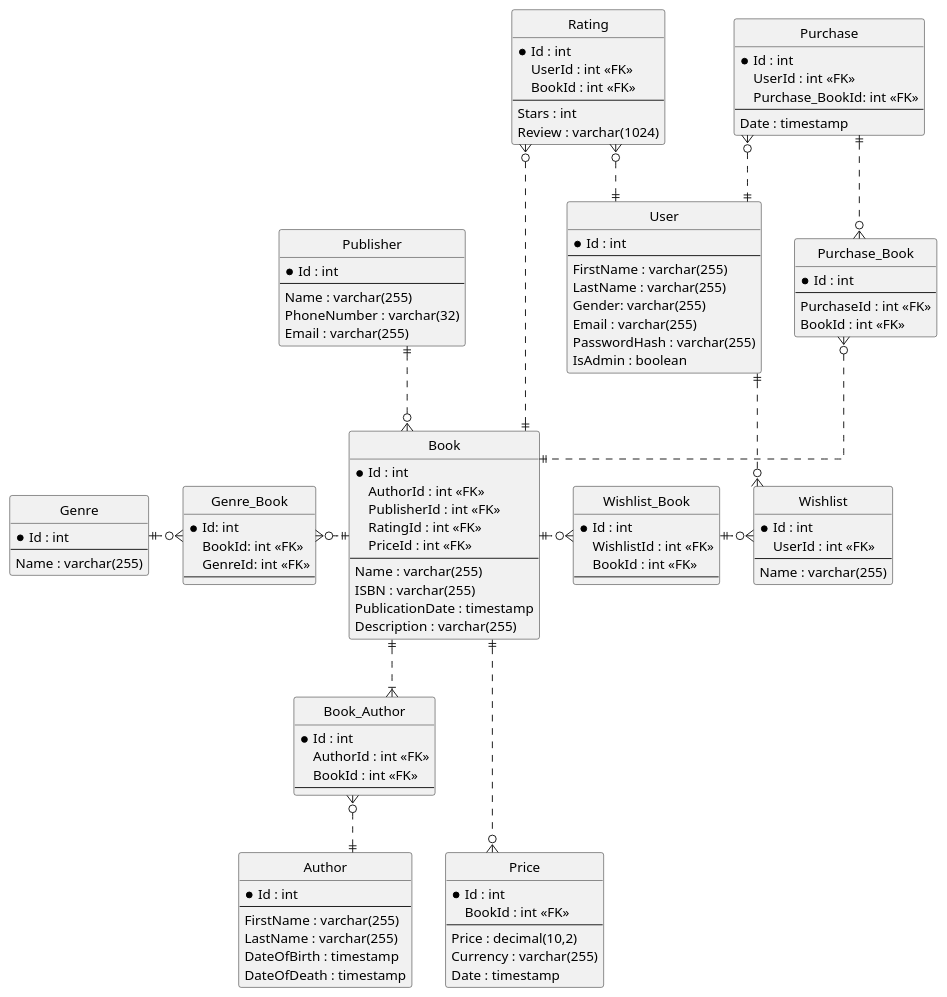
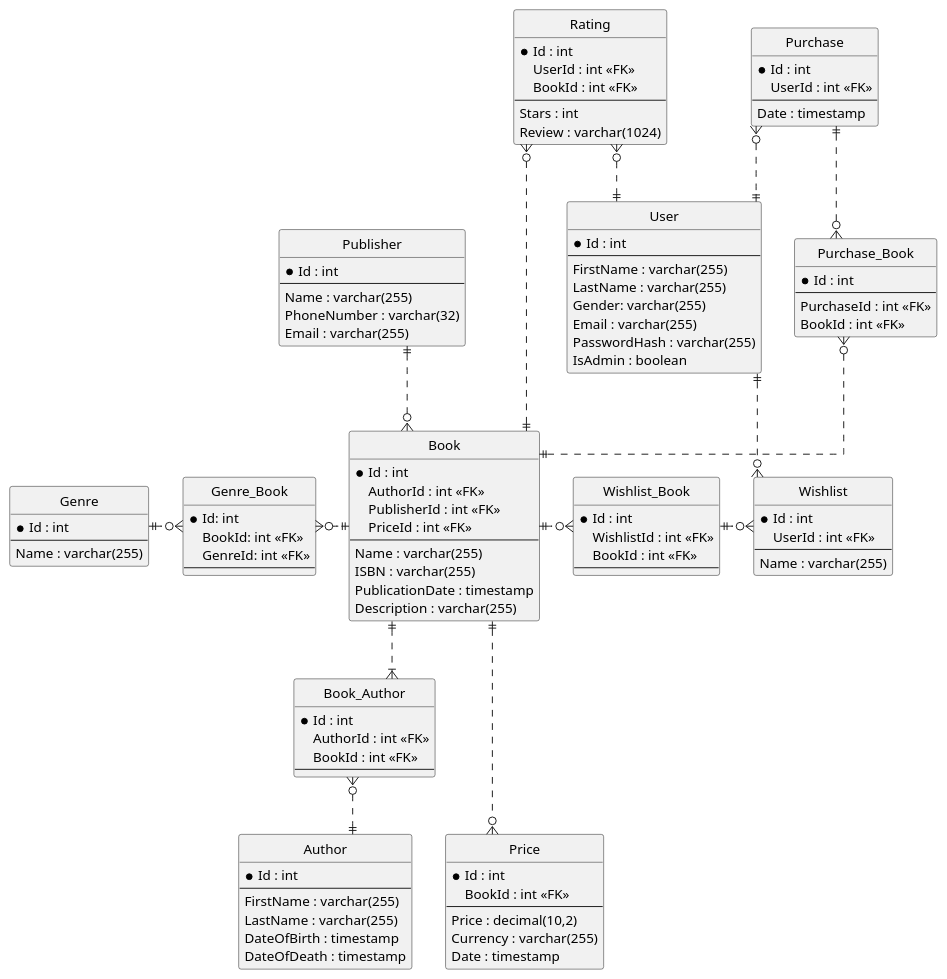
The diagram in docs/erd.puml (JakubZovi/review_pv179), drawn with PlantUML before and after one commit. The commit also changed 11 other files, not shown here.

```diff
--- a/docs/erd.puml
+++ b/docs/erd.puml
@@ -1,144 +1,142 @@
 @startuml Book Hub ERD
 
 ' !pragma ratio 0.2
 
 skinparam linetype ortho
 hide circles
 
 'Book, Rating, Genre, Author, Publisher'
 entity Book {
     *Id : int
     AuthorId : int <<FK>>
     PublisherId : int <<FK>>
-    RatingId : int <<FK>>
     PriceId : int <<FK>>
     ---
     Name : varchar(255)
     ISBN : varchar(255)
     PublicationDate : timestamp
     Description : varchar(255)
 }
 
 entity Rating {
     *Id : int
     UserId : int <<FK>>
     BookId : int <<FK>>
     ---
     Stars : int
     Review : varchar(1024)
 }
 
 entity Genre {
     *Id : int
     ---
     Name : varchar(255)
 }
 
 entity Genre_Book {
     *Id: int
     BookId: int <<FK>>
     GenreId: int <<FK>>
     ---
 }
 
 entity Author {
     *Id : int
     ---
     FirstName : varchar(255)
     LastName : varchar(255)
     DateOfBirth : timestamp
     DateOfDeath : timestamp
 }
 
 entity Book_Author {
     *Id : int
     AuthorId : int <<FK>>
     BookId : int <<FK>>
     ---
 }
 
 entity Publisher {
     *Id : int
     ---
     Name : varchar(255)
     PhoneNumber : varchar(32)
     Email : varchar(255)
 }
 
 entity Price {
     *Id : int
     BookId : int <<FK>>
     ---
     Price : decimal(10,2)
     Currency : varchar(255)
     Date : timestamp
 }
 
 'User, Wishlist, Wishlist_Book'
 entity Wishlist {
     *Id : int
     UserId : int <<FK>>
     ---
     Name : varchar(255)
 }
 
 entity Wishlist_Book {
     *Id : int
     WishlistId : int <<FK>>
     BookId : int <<FK>>
     ---
 }
 
 entity User {
     *Id : int
     ---
     FirstName : varchar(255)
     LastName : varchar(255)
     Gender: varchar(255)
     Email : varchar(255)
     PasswordHash : varchar(255)
     IsAdmin : boolean
 }
 
 'Purchase'
 entity Purchase {
     *Id : int
     UserId : int <<FK>>
-    Purchase_BookId: int <<FK>>
     ---
     Date : timestamp
 }
 
 entity Purchase_Book {
     *Id : int
     ---
     PurchaseId : int <<FK>>
     BookId : int <<FK>>
 }
 
 
 Book ||.o{ Wishlist_Book
 Book ||.left.o{ Genre_Book
 
 Book ||...o{ Price
 
 Book_Author }|.up.|| Book
 Author ||.up.o{ Book_Author
 
 
 Genre_Book }o.left.|| Genre
 
 Publisher ||..o{ Book
 
 User ||..o{ Wishlist
 
 Rating }o..|| Book
 Rating }o..|| User
 
 Wishlist_Book ||.o{ Wishlist
 
 Purchase ||..o{ Purchase_Book
 Purchase }o..|| User
 Purchase_Book }o..|| Book
 
 @enduml
```
